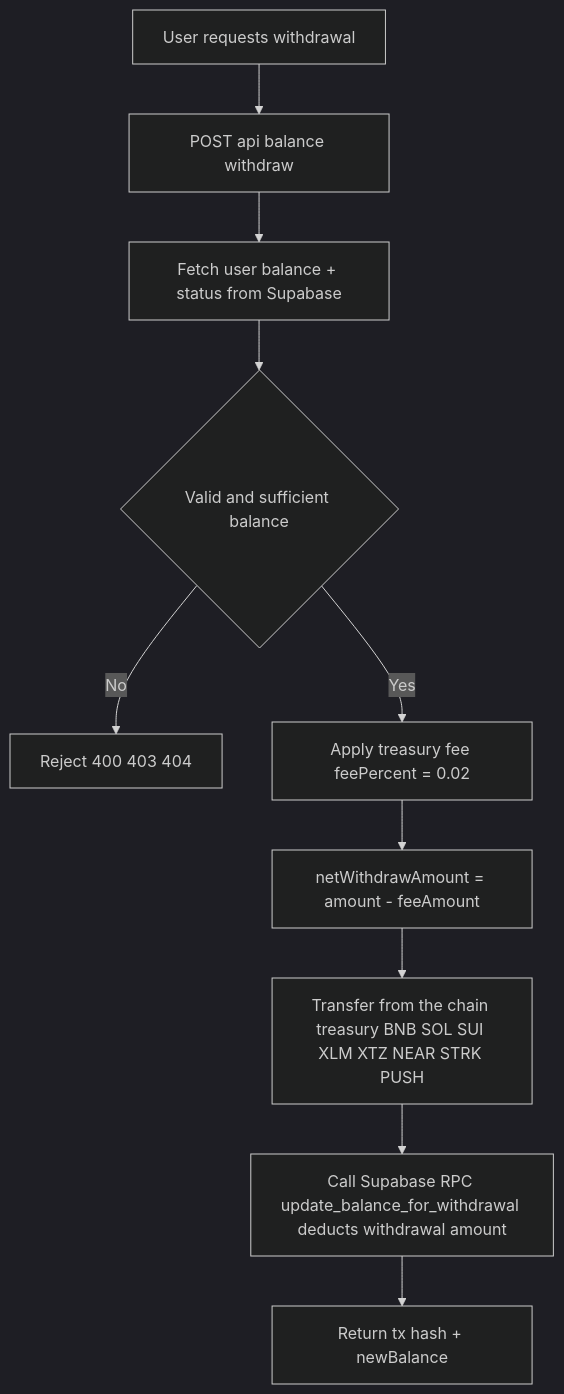
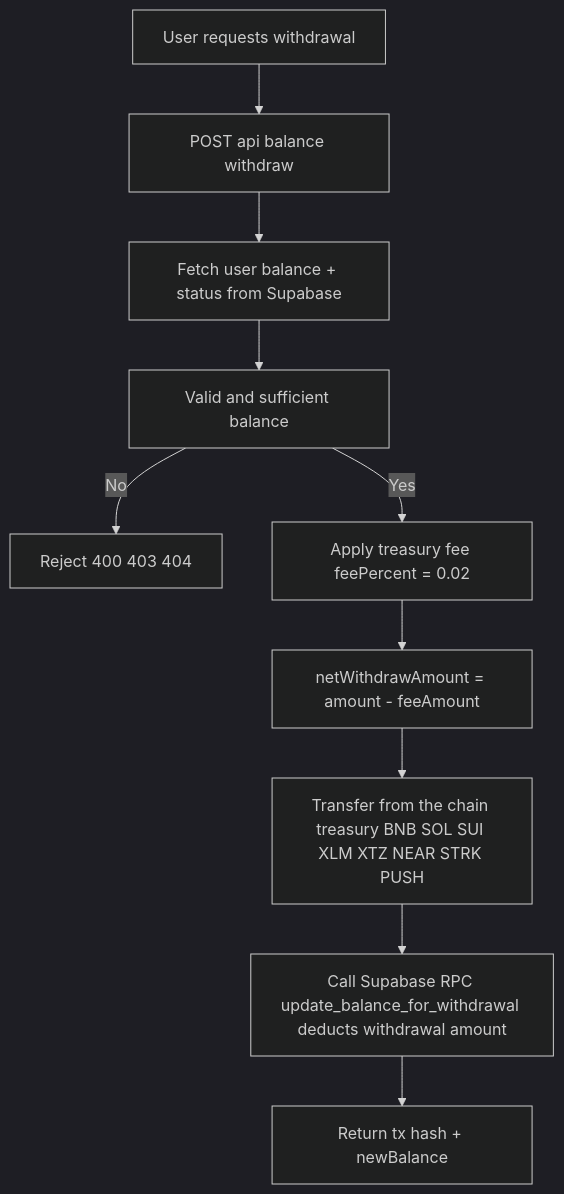
The fourth of 5 diagrams in README.md (dmitro3/Bynomo), drawn with Mermaid (dark theme) before and after one commit. The commit also changed other lines of this file and 2 other files, not shown here.

````diff
--- a/README.md
+++ b/README.md
@@ -257,14 +272,14 @@
 ```mermaid
 flowchart TD
   U[User requests withdrawal] --> W[POST api balance withdraw]
   W --> V[Fetch user balance + status from Supabase]
-  V --> X{Valid and sufficient balance}
+  V --> X[Valid and sufficient balance]
   X -- No --> Y[Reject 400 403 404]
   X -- Yes --> Z[Apply treasury fee feePercent = 0.02]
   Z --> T[netWithdrawAmount = amount - feeAmount]
 
   T --> S[Transfer from the chain treasury BNB SOL SUI XLM XTZ NEAR STRK PUSH]
   S --> R[Call Supabase RPC update_balance_for_withdrawal deducts withdrawal amount]
 
   R --> OK[Return tx hash + newBalance]
 ```
````
